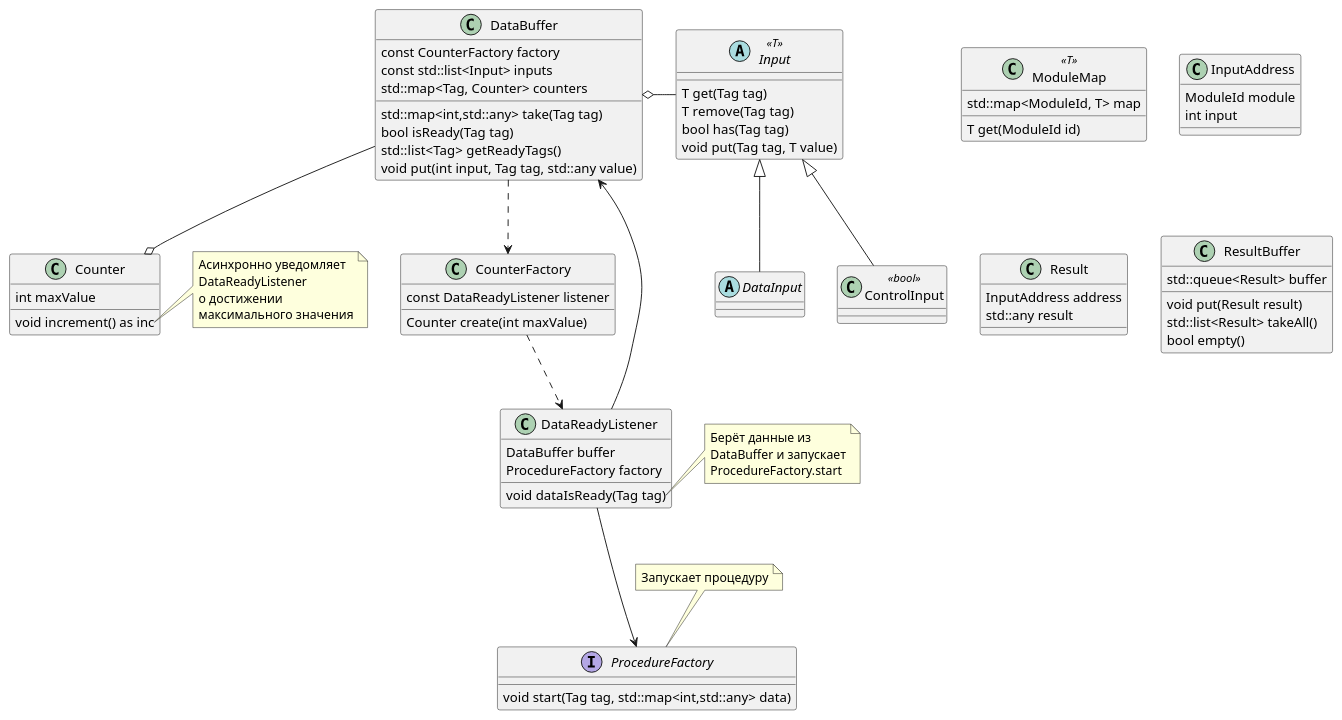
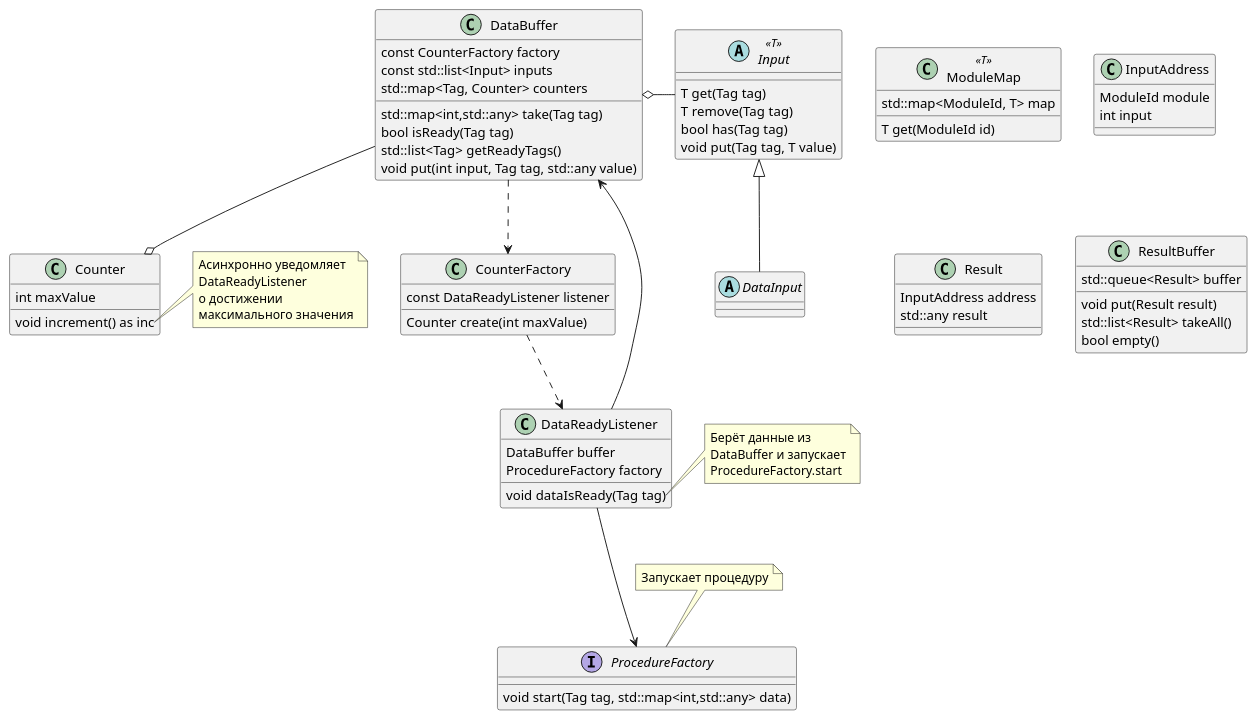
One commit to goto1134/graph-scheme-cpp changed the diagram in graph-scheme.puml. Above: the diagram before and after it, drawn with PlantUML. The commit also changed 2 other files, not shown here.

```diff
--- a/graph-scheme.puml
+++ b/graph-scheme.puml
@@ -1,90 +1,90 @@
 @startuml
 
 abstract class Input << T >> {
     T get(Tag tag)
     T remove(Tag tag)
     bool has(Tag tag)
     void put(Tag tag, T value)
 }
 
 abstract class DataInput
 
-class ControlInput << bool >>
+' class ControlInput << bool >>
 
 class DataBuffer {
     const CounterFactory factory
     const std::list<Input> inputs
     std::map<Tag, Counter> counters
     std::map<int,std::any> take(Tag tag)
     bool isReady(Tag tag)
     std::list<Tag> getReadyTags()
     void put(int input, Tag tag, std::any value)
 }
 
 DataBuffer -.> CounterFactory
 DataBuffer --o Counter
 CounterFactory .-> DataReadyListener
 
 class CounterFactory {
     const DataReadyListener listener
     Counter create(int maxValue)
 }
 
 class Counter {
     int maxValue
     void increment() as inc
 }
 note right of Counter::increment
  Асинхронно уведомляет
  DataReadyListener
  о достижении
  максимального значения
 end note
 
 Input <|-- DataInput
-Input <|-- ControlInput
+'Input <|-- ControlInput
 
 DataBuffer o- Input
 
 DataReadyListener ---> ProcedureFactory
 DataReadyListener ---> DataBuffer
 
 class DataReadyListener {
     DataBuffer buffer
     ProcedureFactory factory
     void dataIsReady(Tag tag)
 }
 note right of DataReadyListener::dataIsReady
     Берёт данные из
     DataBuffer и запускает
     ProcedureFactory.start
 end note
 
 interface ProcedureFactory {
     void start(Tag tag, std::map<int,std::any> data)
 }
 note top: Запускает процедуру
 
 class ModuleMap << T >>{
     std::map<ModuleId, T> map
     T get(ModuleId id)
 }
 
 class InputAddress {
     ModuleId module
     int input
 }
 
 class Result {
     InputAddress address
     std::any result
 }
 
 class ResultBuffer {
     std::queue<Result> buffer
     void put(Result result)
     std::list<Result> takeAll()
     bool empty()
 }
 
 @enduml
```
